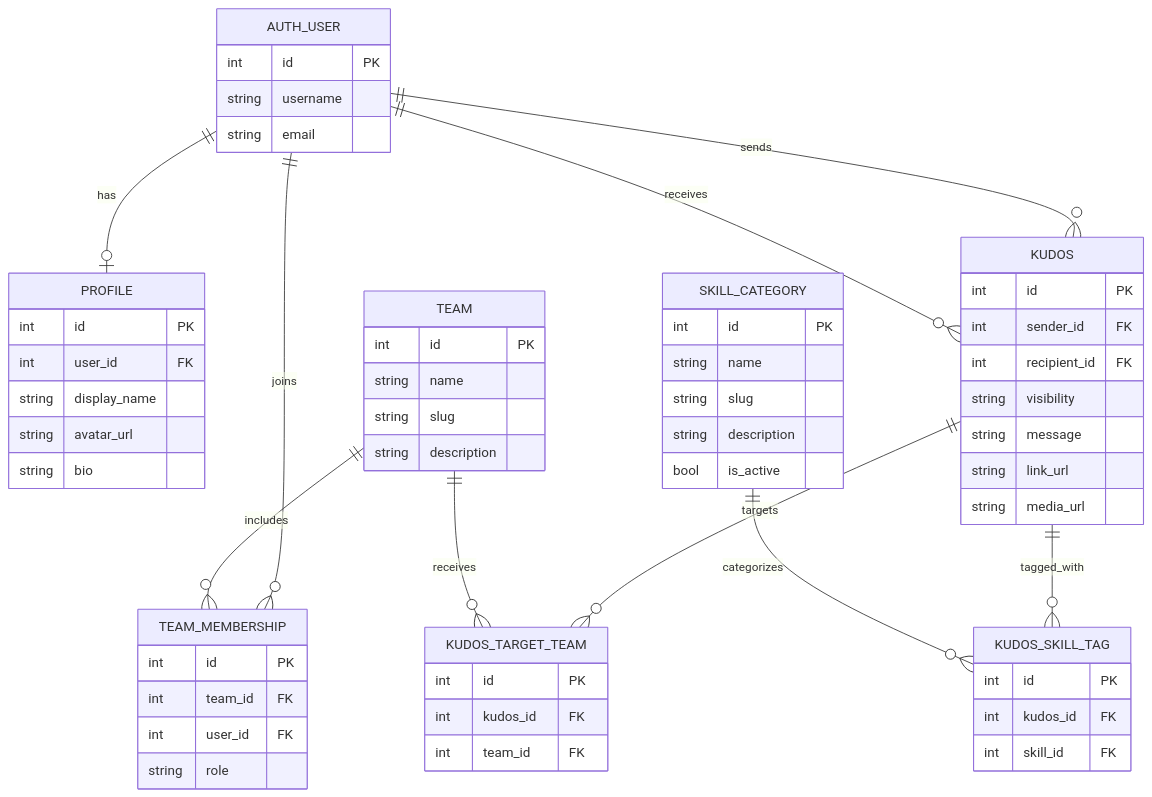
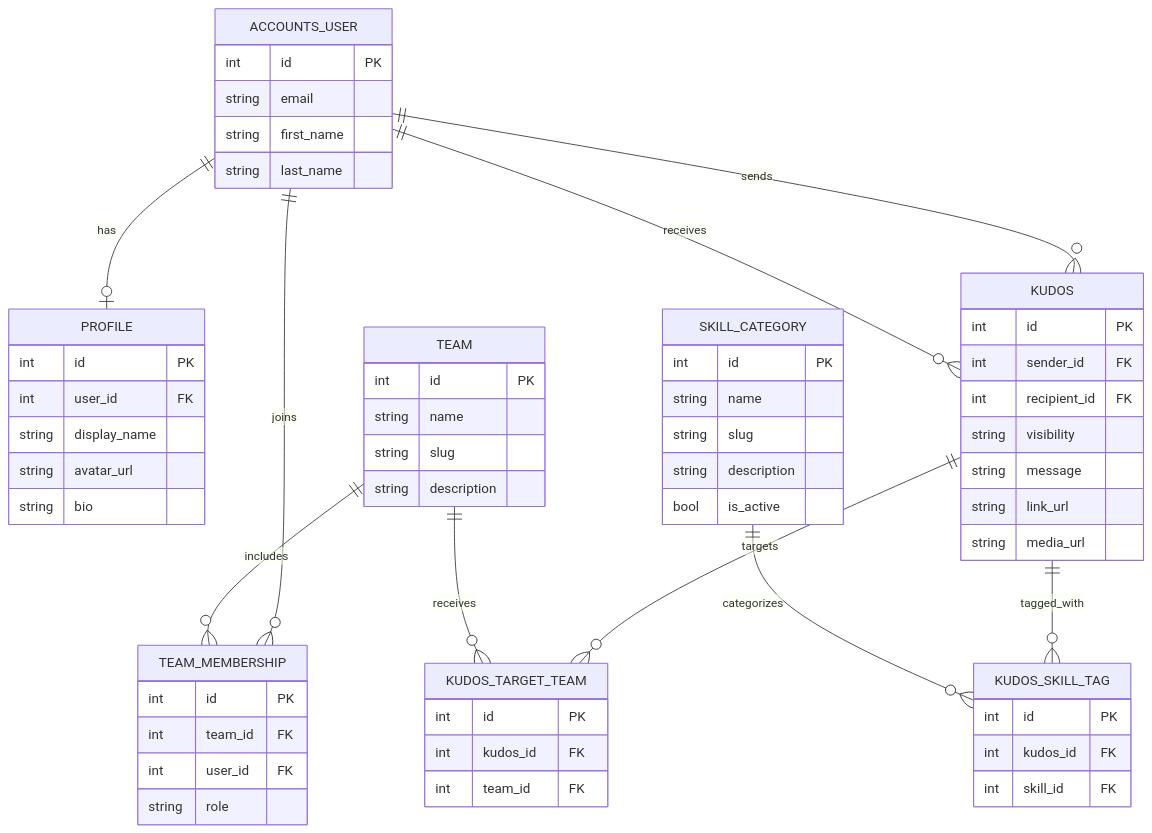
The diagram in README.md (SheCodesAus/Ruffactor-backend), drawn with Mermaid before and after one commit. The commit also changed other lines of this file and 14 other files, not shown here.

````diff
--- a/README.md
+++ b/README.md
@@ -301,66 +299,67 @@
 ```mermaid
 erDiagram
-    AUTH_USER ||--o| PROFILE : has
-    AUTH_USER ||--o{ TEAM_MEMBERSHIP : joins
+    ACCOUNTS_USER ||--o| PROFILE : has
+    ACCOUNTS_USER ||--o{ TEAM_MEMBERSHIP : joins
     TEAM ||--o{ TEAM_MEMBERSHIP : includes
 
-    AUTH_USER ||--o{ KUDOS : sends
-    AUTH_USER ||--o{ KUDOS : receives
+    ACCOUNTS_USER ||--o{ KUDOS : sends
+    ACCOUNTS_USER ||--o{ KUDOS : receives
 
     KUDOS ||--o{ KUDOS_SKILL_TAG : tagged_with
     SKILL_CATEGORY ||--o{ KUDOS_SKILL_TAG : categorizes
 
     KUDOS ||--o{ KUDOS_TARGET_TEAM : targets
     TEAM ||--o{ KUDOS_TARGET_TEAM : receives
 
-    AUTH_USER {
+    ACCOUNTS_USER {
       int id PK
-      string username
       string email
+      string first_name
+      string last_name
     }
     PROFILE {
       int id PK
       int user_id FK
       string display_name
       string avatar_url
       string bio
     }
     TEAM {
       int id PK
       string name
       string slug
       string description
     }
     TEAM_MEMBERSHIP {
       int id PK
       int team_id FK
       int user_id FK
       string role
     }
     SKILL_CATEGORY {
       int id PK
       string name
       string slug
       string description
       bool is_active
     }
     KUDOS {
       int id PK
       int sender_id FK
       int recipient_id FK
       string visibility
       string message
       string link_url
       string media_url
     }
     KUDOS_SKILL_TAG {
       int id PK
       int kudos_id FK
       int skill_id FK
     }
     KUDOS_TARGET_TEAM {
       int id PK
       int kudos_id FK
       int team_id FK
     }
 ```
````
